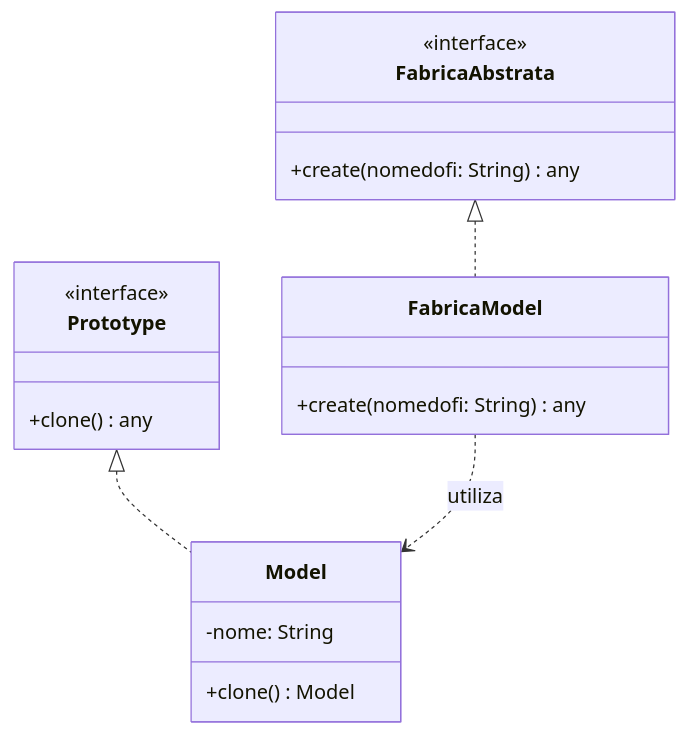
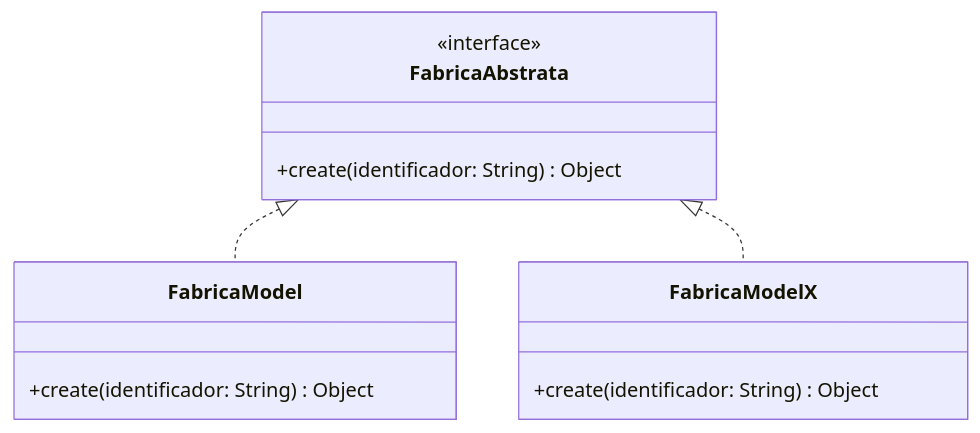
One commit to paulossjunior/auladesignpattern changed the second of 2 diagrams in designpatterns-creational.md. Above: the diagram before and after it, drawn with Mermaid. The commit also changed other lines of this file, not shown here.

````diff
--- a/designpatterns-creational.md
+++ b/designpatterns-creational.md
@@ -385,30 +211,15 @@
 ```mermaid
 classDiagram
-    %% Interface FabricaAbstrata - Declara o método de fábrica
     class FabricaAbstrata {
         <<interface>>
-        +create(nomedofi: String) any
+        +create(identificador: String) Object
     }
-
-    %% Interface Prototype - Declara o método clone
-    class Prototype {
-        <<interface>>
-        +clone() any
+    class FabricaModel {
+        +create(identificador: String) Object
     }
-
-    %% Classe Model - Implementa Prototype e possui um atributo nome
-    class Model {
-        -nome: String
-        +clone() Model
-    }
-    Prototype <|.. Model
-
-    %% Classe FabricaModel - Implementa FabricaAbstrata e utiliza Model
-    class FabricaModel {
-        +create(nomedofi: String) any
+    class FabricaModelX {
+        +create(identificador: String) Object
     }
     FabricaAbstrata <|.. FabricaModel
-    FabricaModel ..> Model : utiliza
-
-
+    FabricaAbstrata <|.. FabricaModelX
 ```
````
